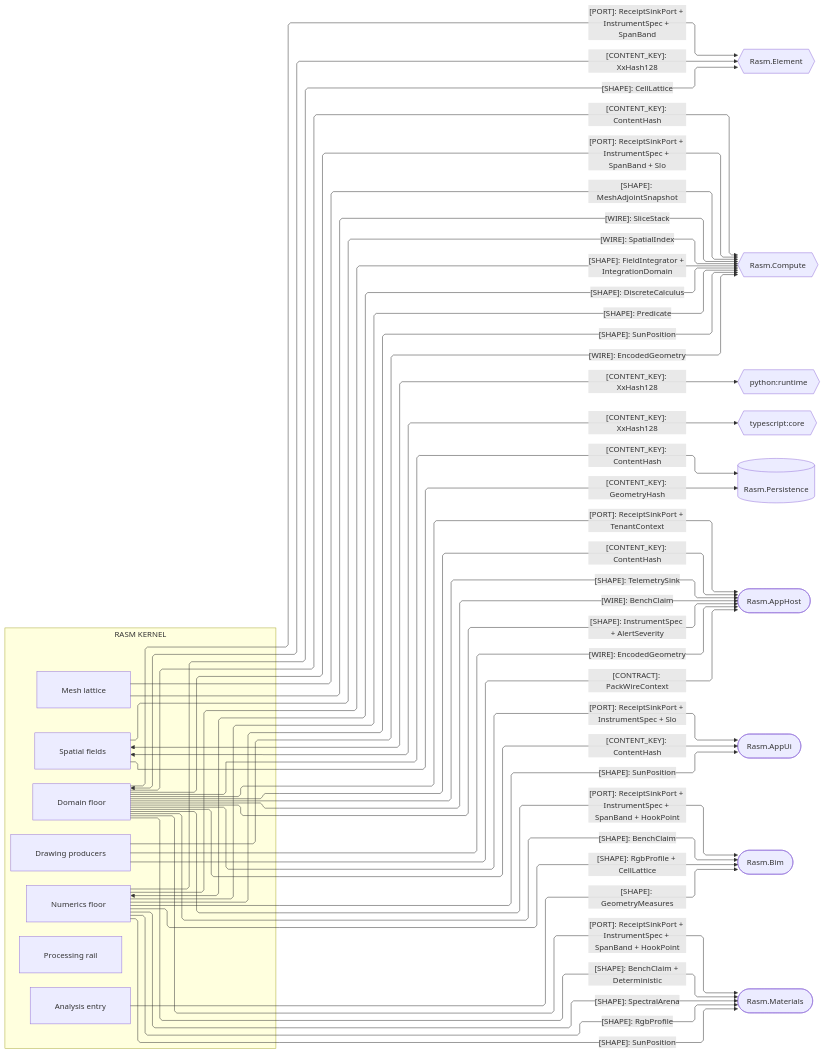
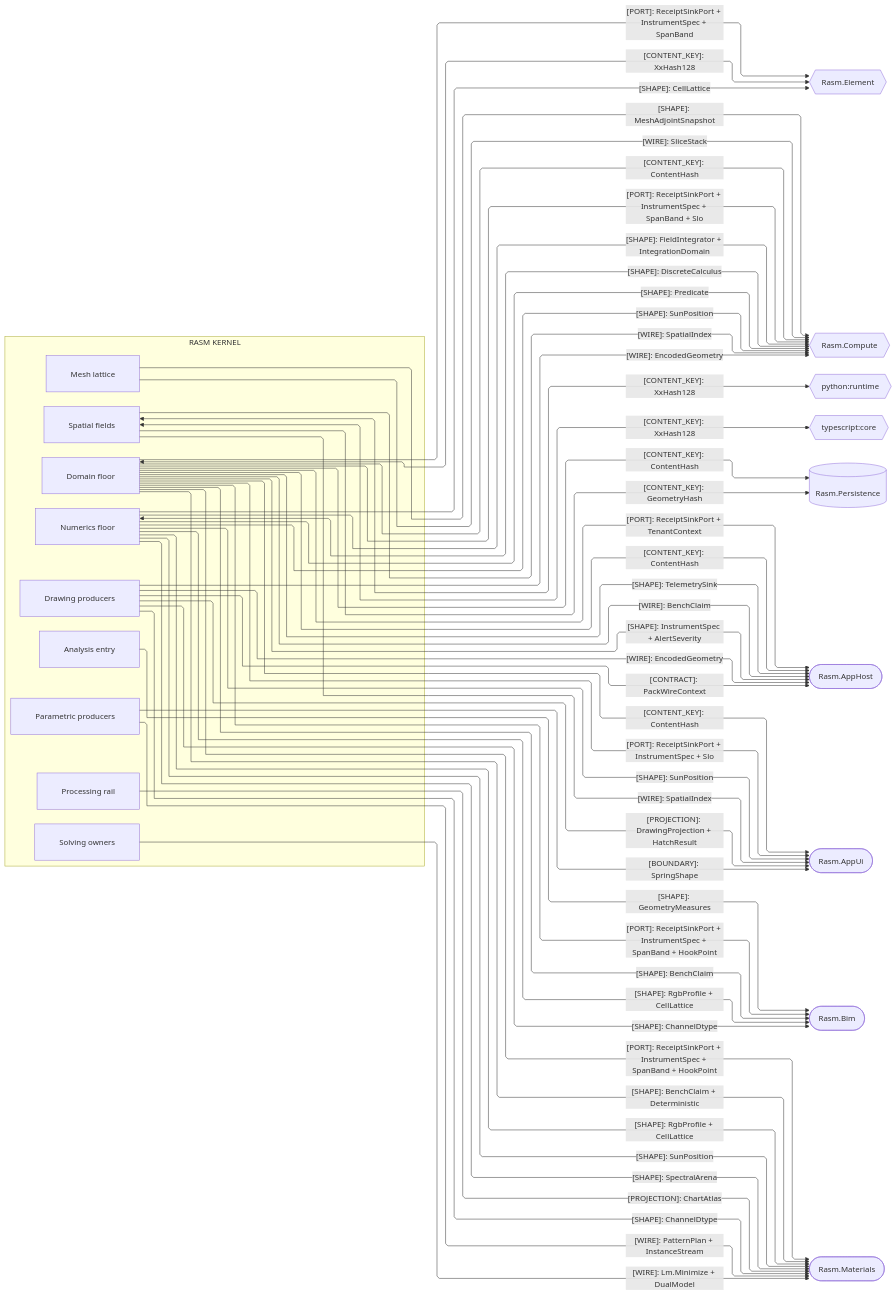
One commit to bsamiee/Rasm changed the second of 4 diagrams in libs/csharp/Rasm/ARCHITECTURE.md. Above: the diagram before and after it, drawn with Mermaid. The commit also changed other lines of this file and 16 other files, not shown here.

````diff
--- a/libs/csharp/Rasm/ARCHITECTURE.md
+++ b/libs/csharp/Rasm/ARCHITECTURE.md
@@ -149,66 +149,76 @@
 ```mermaid
 ---
 config:
   layout: elk
   flowchart:
     curve: linear
     padding: 25
 ---
 flowchart LR
     accTitle: Kernel content-key and compute-plane seams
-    accDescr: Kernel owners federating content keys and handing compute, measure, and signal shapes, causal-frame ports, and encoded wires to same-branch and cross-runtime peers.
+    accDescr: Kernel owners federating content keys and handing compute, measure, and signal shapes, causal-frame ports, encoded wires, and drawing and atlas projections to same-branch and cross-runtime peers.
     subgraph rasm[RASM KERNEL]
         Domain[Domain floor]
         Numerics[Numerics floor]
         Spatial[Spatial fields]
         Meshing[Mesh lattice]
+        Parametric[Parametric producers]
         Processing[Processing rail]
+        Solving[Solving owners]
         Drawing[Drawing producers]
         Analysis[Analysis entry]
     end
     Element{{Rasm.Element}}
     Compute{{Rasm.Compute}}
     Runtime{{python:runtime}}
     Core{{typescript:core}}
     Persistence[(Rasm.Persistence)]
     AppHost([Rasm.AppHost])
     AppUi([Rasm.AppUi])
     Bim([Rasm.Bim])
     Materials([Rasm.Materials])
     Domain e1@<-->|"[CONTENT_KEY]: XxHash128"| Element
     Domain e2@-->|"[CONTENT_KEY]: ContentHash"| Persistence
     Domain e3@-->|"[CONTENT_KEY]: ContentHash"| Compute
     Domain e4@-->|"[CONTENT_KEY]: ContentHash"| AppHost
     Domain e5@-->|"[CONTENT_KEY]: ContentHash"| AppUi
     Spatial e6@-->|"[CONTENT_KEY]: GeometryHash"| Persistence
     Spatial e7@<-->|"[CONTENT_KEY]: XxHash128"| Runtime
     Spatial e8@<-->|"[CONTENT_KEY]: XxHash128"| Core
     Numerics e9@<-->|"[SHAPE]: DiscreteCalculus"| Compute
     Numerics e16@-->|"[SHAPE]: Predicate"| Compute
     Meshing e10@-->|"[SHAPE]: MeshAdjointSnapshot"| Compute
     Meshing e11@-->|"[WIRE]: SliceStack"| Compute
     Spatial e12@-->|"[WIRE]: SpatialIndex"| Compute
     Drawing e14@-->|"[WIRE]: EncodedGeometry"| Compute
     Drawing e15@-->|"[WIRE]: EncodedGeometry"| AppHost
     Drawing e24@-->|"[CONTRACT]: PackWireContext"| AppHost
     Domain e17@-->|"[SHAPE]: TelemetrySink"| AppHost
     Domain e18@-->|"[WIRE]: BenchClaim"| AppHost
     Domain e20@-->|"[SHAPE]: InstrumentSpec + AlertSeverity"| AppHost
     Domain e21@-->|"[PORT]: ReceiptSinkPort + TenantContext"| AppHost
     Domain e22@-->|"[PORT]: ReceiptSinkPort + InstrumentSpec + Slo"| AppUi
     Domain e23@-->|"[PORT]: ReceiptSinkPort + InstrumentSpec + SpanBand + Slo"| Compute
     Analysis e19@-->|"[SHAPE]: GeometryMeasures"| Bim
     Domain e30@-->|"[PORT]: ReceiptSinkPort + InstrumentSpec + SpanBand"| Element
     Domain e31@-->|"[PORT]: ReceiptSinkPort + InstrumentSpec + SpanBand + HookPoint"| Bim
     Domain e32@-->|"[PORT]: ReceiptSinkPort + InstrumentSpec + SpanBand + HookPoint"| Materials
     Domain e33@-->|"[SHAPE]: BenchClaim + Deterministic"| Materials
     Domain e34@-->|"[SHAPE]: BenchClaim"| Bim
     Numerics e35@-->|"[SHAPE]: CellLattice"| Element
     Numerics e36@-->|"[SHAPE]: RgbProfile + CellLattice"| Bim
-    Numerics e37@-->|"[SHAPE]: RgbProfile"| Materials
+    Numerics e37@-->|"[SHAPE]: RgbProfile + CellLattice"| Materials
     Numerics e25@-->|"[SHAPE]: SunPosition"| Compute
     Numerics e26@-->|"[SHAPE]: SunPosition"| AppUi
     Numerics e27@-->|"[SHAPE]: SunPosition"| Materials
     Numerics e28@-->|"[SHAPE]: SpectralArena"| Materials
     Numerics e29@-->|"[SHAPE]: FieldIntegrator + IntegrationDomain"| Compute
+    Drawing e38@-->|"[PROJECTION]: DrawingProjection + HatchResult"| AppUi
+    Parametric e39@-->|"[BOUNDARY]: SpringShape"| AppUi
+    Spatial e40@-->|"[WIRE]: SpatialIndex"| AppUi
+    Solving e41@-->|"[WIRE]: Lm.Minimize + DualModel"| Materials
+    Drawing e42@-->|"[SHAPE]: ChannelDtype"| Materials
+    Processing e43@-->|"[PROJECTION]: ChartAtlas"| Materials
+    Parametric e44@-->|"[WIRE]: PatternPlan + InstanceStream"| Materials
+    Drawing e45@-->|"[SHAPE]: ChannelDtype"| Bim
 ```
````
